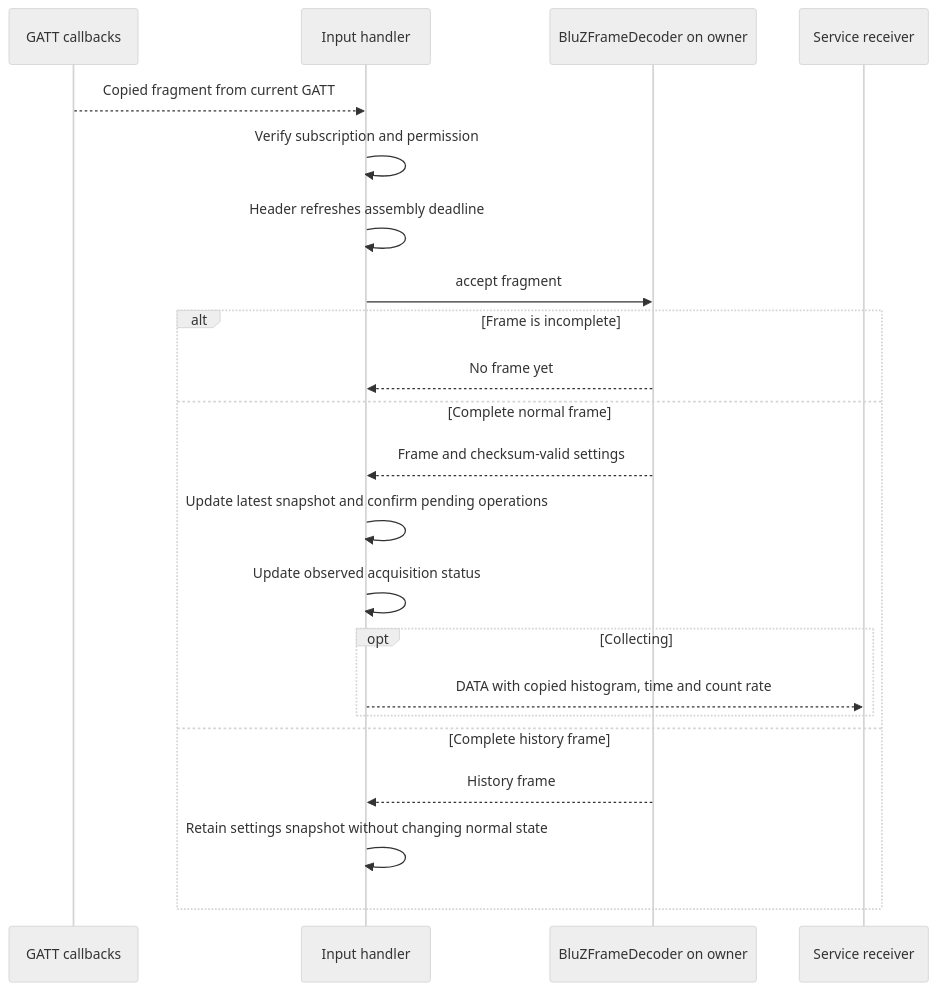
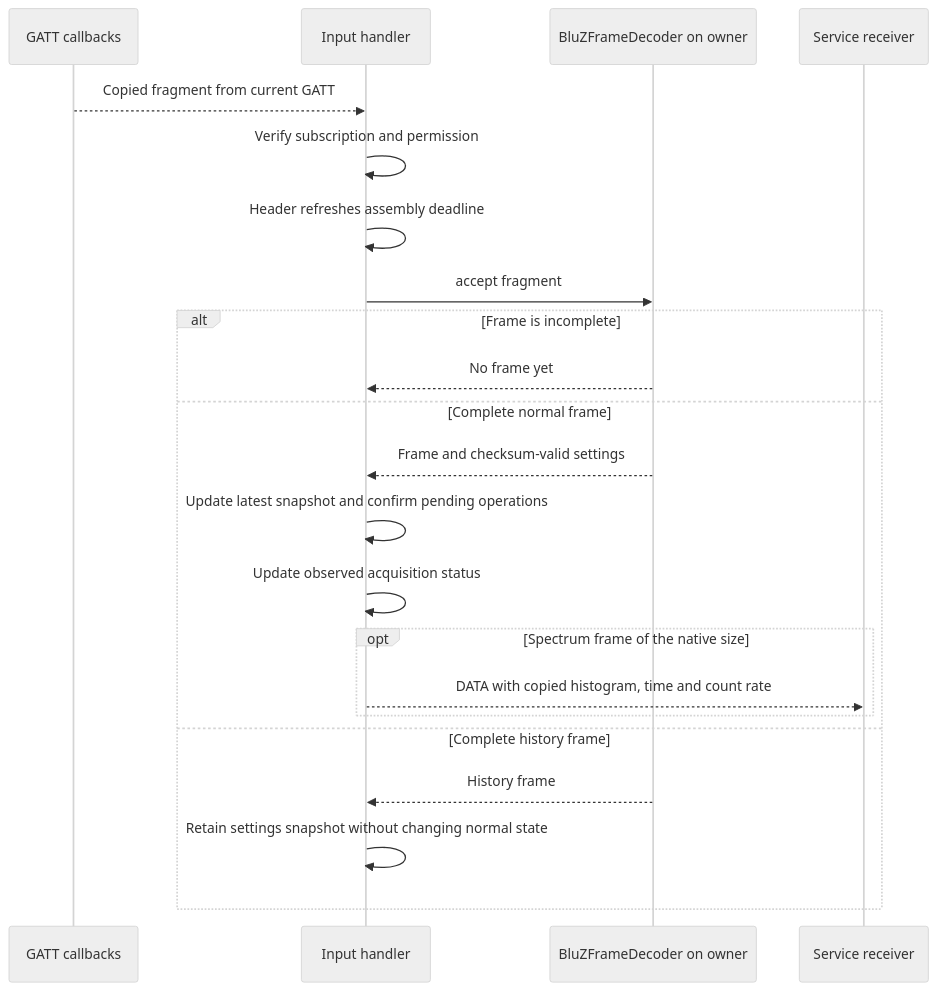
The fourth of 8 diagrams in docs/bluz-threading.md (Am6er/AtomSpectra), drawn with Mermaid (neutral theme) before and after one commit. The commit also changed other lines of this file and 11 other files, not shown here.

````diff
--- a/docs/bluz-threading.md
+++ b/docs/bluz-threading.md
@@ -191,24 +193,24 @@
 ```mermaid
 sequenceDiagram
     participant Android as GATT callbacks
     participant Owner as Input handler
     participant Decoder as BluZFrameDecoder on owner
     participant Service as Service receiver
     Android-->>Owner: Copied fragment from current GATT
     Owner->>Owner: Verify subscription and permission
     Owner->>Owner: Header refreshes assembly deadline
     Owner->>Decoder: accept fragment
     alt Frame is incomplete
         Decoder-->>Owner: No frame yet
     else Complete normal frame
         Decoder-->>Owner: Frame and checksum-valid settings
         Owner->>Owner: Update latest snapshot and confirm pending operations
         Owner->>Owner: Update observed acquisition status
-        opt Collecting
+        opt Spectrum frame of the native size
             Owner-->>Service: DATA with copied histogram, time and count rate
         end
     else Complete history frame
         Decoder-->>Owner: History frame
         Owner->>Owner: Retain settings snapshot without changing normal state
     end
 ```
````
